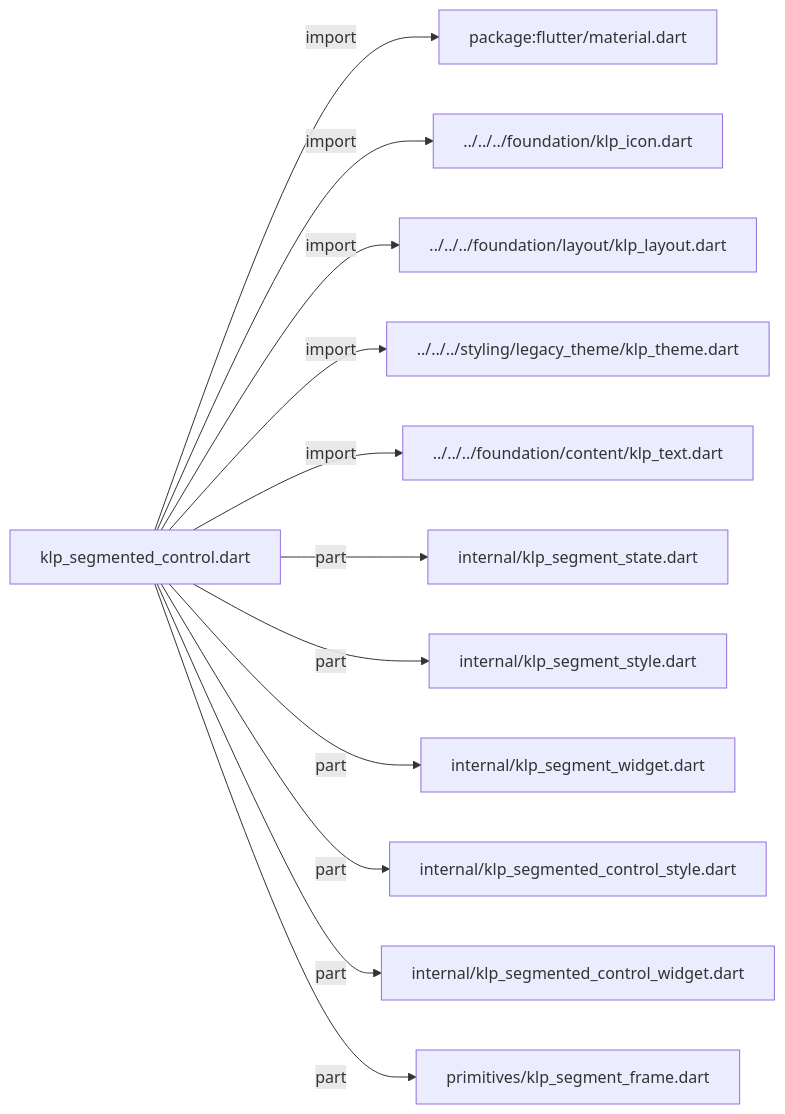
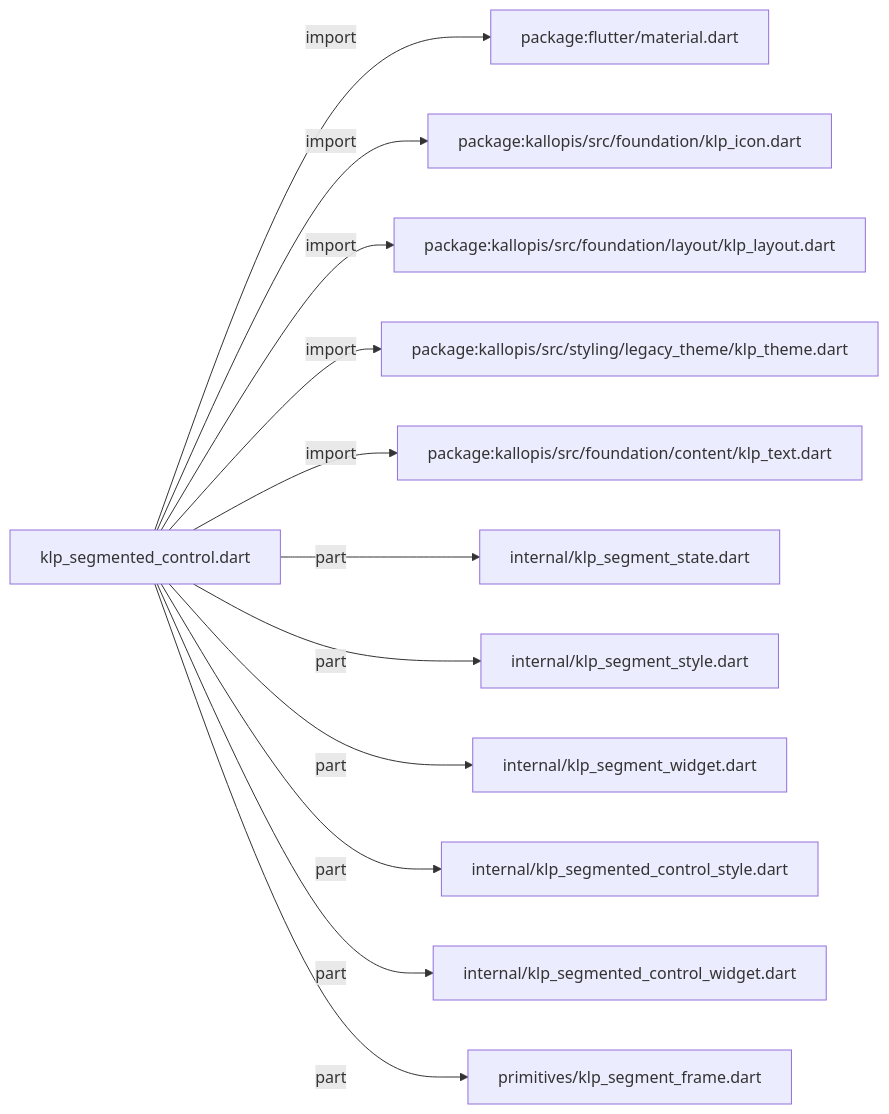
Before and after one commit to MiuDog/Kallopis: the first of 2 diagrams in docs/architecture/src/features/forms/selection/klp_segmented_control.md, drawn with Mermaid. The commit also changed other lines of this file and 9688 other files, not shown here.

Commit message:
Prepare isolated Flow F2 peer baseline

````diff
--- a/docs/architecture/src/features/forms/selection/klp_segmented_control.md
+++ b/docs/architecture/src/features/forms/selection/klp_segmented_control.md
@@ -11,26 +11,26 @@
 ```mermaid
 flowchart LR
 	n0["klp_segmented_control.dart"]
 	n1["package:flutter/material.dart"]
-	n2["../../../foundation/klp_icon.dart"]
-	n3["../../../foundation/layout/klp_layout.dart"]
-	n4["../../../styling/legacy_theme/klp_theme.dart"]
-	n5["../../../foundation/content/klp_text.dart"]
+	n2["package:kallopis/src/foundation/klp_icon.dart"]
+	n3["package:kallopis/src/foundation/layout/klp_layout.dart"]
+	n4["package:kallopis/src/styling/legacy_theme/klp_theme.dart"]
+	n5["package:kallopis/src/foundation/content/klp_text.dart"]
 	n6["internal/klp_segment_state.dart"]
 	n7["internal/klp_segment_style.dart"]
 	n8["internal/klp_segment_widget.dart"]
 	n9["internal/klp_segmented_control_style.dart"]
 	n10["internal/klp_segmented_control_widget.dart"]
 	n11["primitives/klp_segment_frame.dart"]
 	n0 -->|"import"| n1
 	n0 -->|"import"| n2
 	n0 -->|"import"| n3
 	n0 -->|"import"| n4
 	n0 -->|"import"| n5
 	n0 -->|"part"| n6
 	n0 -->|"part"| n7
 	n0 -->|"part"| n8
 	n0 -->|"part"| n9
 	n0 -->|"part"| n10
 	n0 -->|"part"| n11
 ```
````
